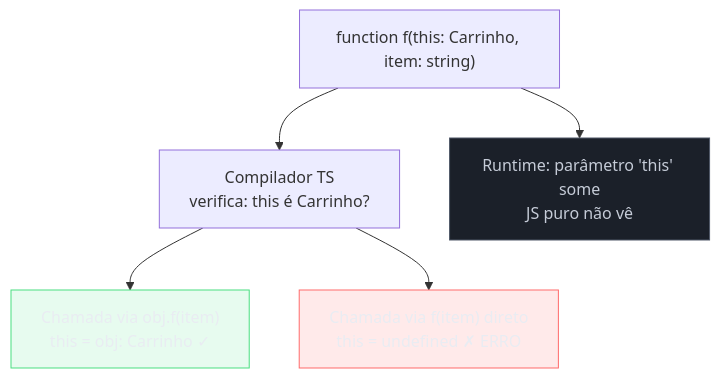
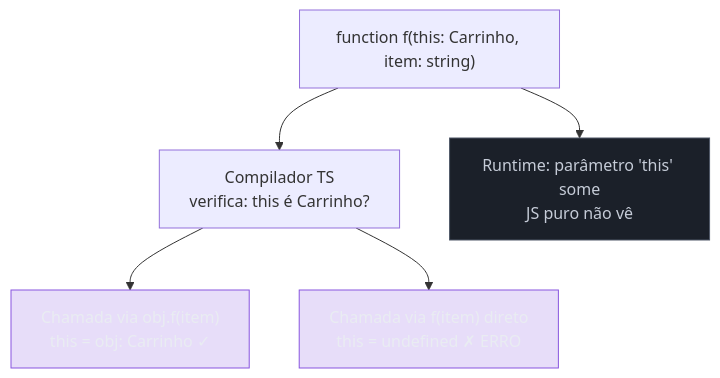
The second of 4 diagrams in 03-Dominios/Tecnologia/TypeScript/10 - Tipando funções - assinaturas, overloads, contextual typing.md (josenaldo/codex-technomanticus), drawn with Mermaid before and after one commit. The commit also changed other lines of this file and 601 other files, not shown here.

````diff
--- a/03-Dominios/Tecnologia/TypeScript/10 - Tipando funções - assinaturas, overloads, contextual typing.md
+++ b/03-Dominios/Tecnologia/TypeScript/10 - Tipando funções - assinaturas, overloads, contextual typing.md
@@ -260,20 +260,19 @@
 ```mermaid
 flowchart TD
-    classDef ok fill:#4ADE8021,stroke:#4ADE80,color:#E9ECF2
-    classDef falha fill:#FF6B6B24,stroke:#FF6B6B,color:#E9ECF2
+    classDef marca fill:#8855DF33,stroke:#8855DF,color:#E9ECF2
     classDef neutro fill:#1B2029,stroke:#4E5666,color:#C6CCD8
     DEF["function f(this: Carrinho, item: string)"]
     COMP["Compilador TS\nverifica: this é Carrinho?"]
     OK["Chamada via obj.f(item)\nthis = obj: Carrinho ✓"]
     ERR["Chamada via f(item) direto\nthis = undefined ✗ ERRO"]
     RUN["Runtime: parâmetro 'this' some\nJS puro não vê"]
 
     DEF --> COMP
     COMP --> OK
     COMP --> ERR
     DEF --> RUN
 
-    class OK ok
-    class ERR falha
+    class OK marca
+    class ERR marca
     class RUN neutro
 ```
````
